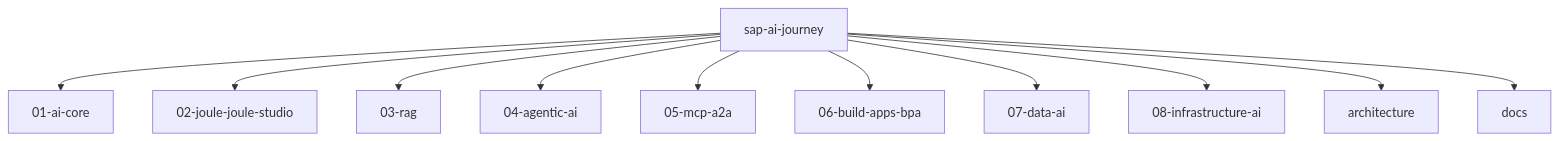
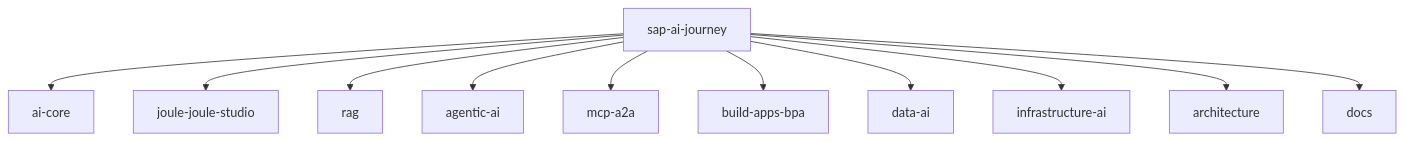
The diagram in README.md (srini118us/sap-ai-journey), drawn with Mermaid before and after one commit. The commit also changed other lines of this file and 307 other files, not shown here.

````diff
--- a/README.md
+++ b/README.md
@@ -11,14 +11,14 @@
 ```mermaid
 flowchart TD
     R[sap-ai-journey]
-    R --> A[01-ai-core]
-    R --> B[02-joule-joule-studio]
-    R --> C[03-rag]
-    R --> D[04-agentic-ai]
-    R --> E[05-mcp-a2a]
-    R --> F[06-build-apps-bpa]
-    R --> G[07-data-ai]
-    R --> H[08-infrastructure-ai]
+    R --> A[ai-core]
+    R --> B[joule-joule-studio]
+    R --> C[rag]
+    R --> D[agentic-ai]
+    R --> E[mcp-a2a]
+    R --> F[build-apps-bpa]
+    R --> G[data-ai]
+    R --> H[infrastructure-ai]
     R --> I[architecture]
     R --> J[docs]
 ```
````
